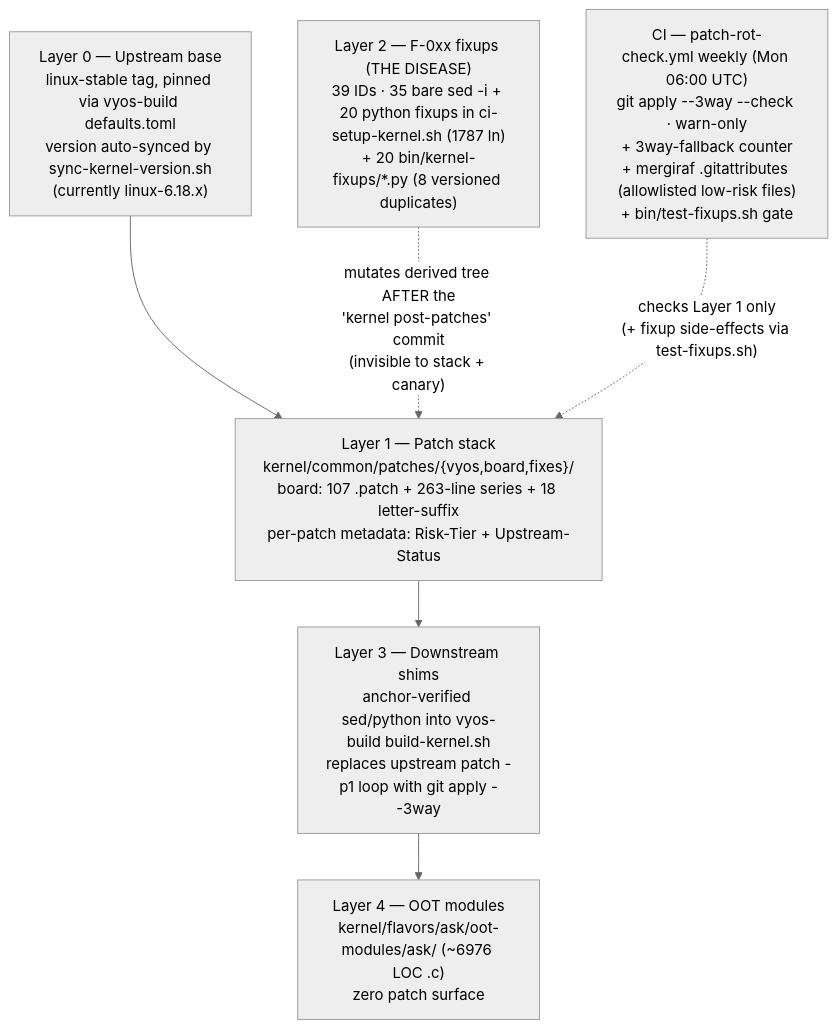
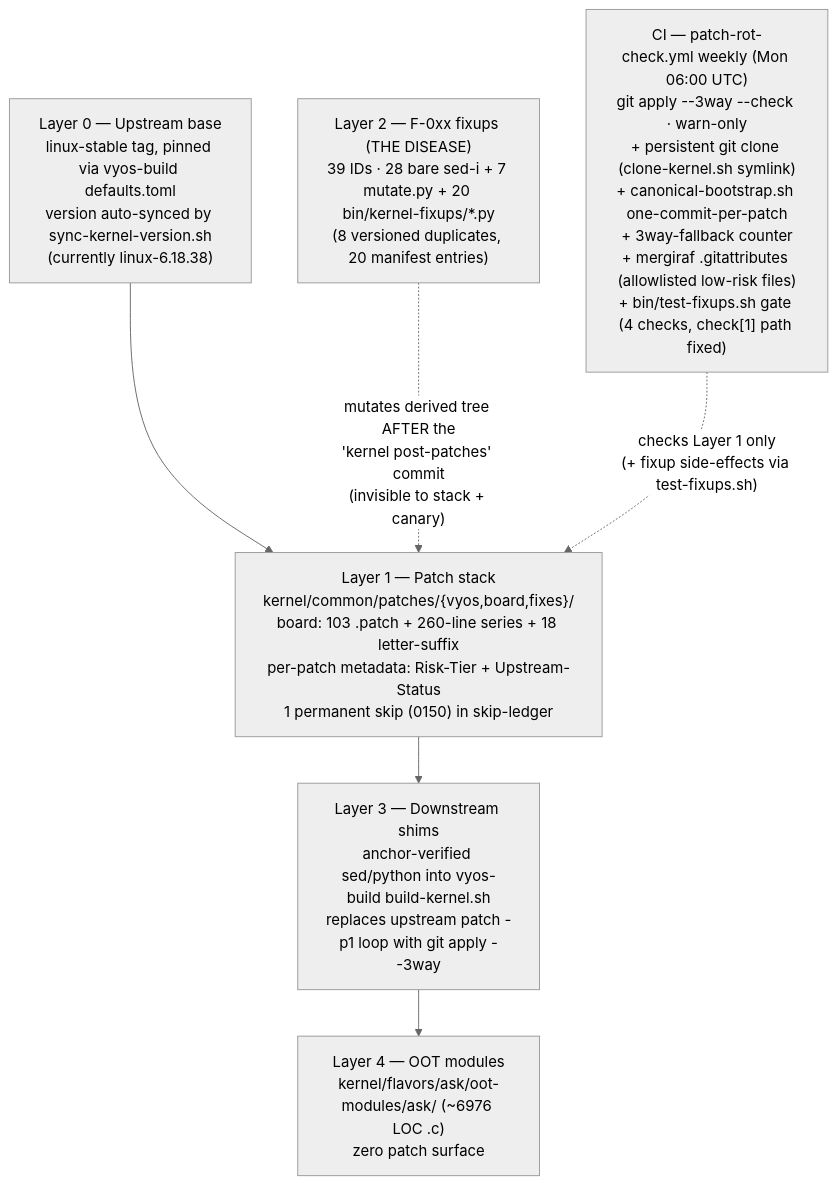
Before and after one commit to Daegara/vyos-ls1046a-build: the diagram in plans/TA-2026-07-18-002-patch-architecture.md, drawn with Mermaid (neutral theme). The commit also changed other lines of this file and 6 other files, not shown here.

````diff
--- a/plans/TA-2026-07-18-002-patch-architecture.md
+++ b/plans/TA-2026-07-18-002-patch-architecture.md
@@ -93,15 +116,15 @@
 ```mermaid
 flowchart TD
-    L0["Layer 0 — Upstream base<br/>linux-stable tag, pinned via vyos-build defaults.toml<br/>version auto-synced by sync-kernel-version.sh<br/>(currently linux-6.18.x)"]
-    L1["Layer 1 — Patch stack<br/>kernel/common/patches/{vyos,board,fixes}/<br/>board: 107 .patch + 263-line series + 18 letter-suffix<br/>per-patch metadata: Risk-Tier + Upstream-Status"]
-    L2["Layer 2 — F-0xx fixups (THE DISEASE)<br/>39 IDs · 35 bare sed -i + 20 python fixups in ci-setup-kernel.sh (1787 ln)<br/>+ 20 bin/kernel-fixups/*.py (8 versioned duplicates)"]
+    L0["Layer 0 — Upstream base<br/>linux-stable tag, pinned via vyos-build defaults.toml<br/>version auto-synced by sync-kernel-version.sh<br/>(currently linux-6.18.38)"]
+    L1["Layer 1 — Patch stack<br/>kernel/common/patches/{vyos,board,fixes}/<br/>board: 103 .patch + 260-line series + 18 letter-suffix<br/>per-patch metadata: Risk-Tier + Upstream-Status<br/>1 permanent skip (0150) in skip-ledger"]
+    L2["Layer 2 — F-0xx fixups (THE DISEASE)<br/>39 IDs · 28 bare sed-i + 7 mutate.py + 20 bin/kernel-fixups/*.py<br/>(8 versioned duplicates, 20 manifest entries)"]
     L3["Layer 3 — Downstream shims<br/>anchor-verified sed/python into vyos-build build-kernel.sh<br/>replaces upstream patch -p1 loop with git apply --3way"]
     L4["Layer 4 — OOT modules<br/>kernel/flavors/ask/oot-modules/ask/ (~6976 LOC .c)<br/>zero patch surface"]
-    CI["CI — patch-rot-check.yml weekly (Mon 06:00 UTC)<br/>git apply --3way --check · warn-only<br/>+ 3way-fallback counter<br/>+ mergiraf .gitattributes (allowlisted low-risk files)<br/>+ bin/test-fixups.sh gate"]
+    CI["CI — patch-rot-check.yml weekly (Mon 06:00 UTC)<br/>git apply --3way --check · warn-only<br/>+ persistent git clone (clone-kernel.sh symlink)<br/>+ canonical-bootstrap.sh one-commit-per-patch<br/>+ 3way-fallback counter<br/>+ mergiraf .gitattributes (allowlisted low-risk files)<br/>+ bin/test-fixups.sh gate (4 checks, check[1] path fixed)"]
 
     L0 --> L1
     L1 --> L3
     L2 -. "mutates derived tree AFTER the<br/>'kernel post-patches' commit<br/>(invisible to stack + canary)" .-> L1
     L3 --> L4
     CI -. "checks Layer 1 only<br/>(+ fixup side-effects via test-fixups.sh)" .-> L1
 ```
````
